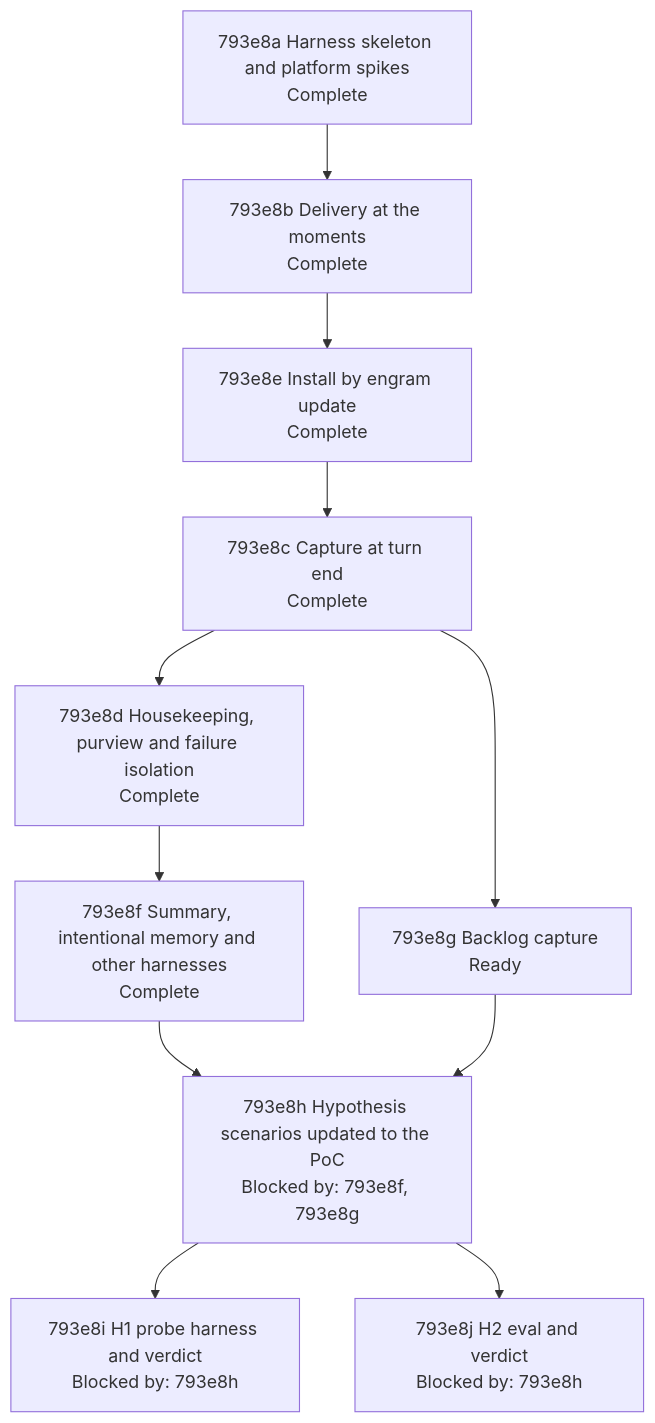
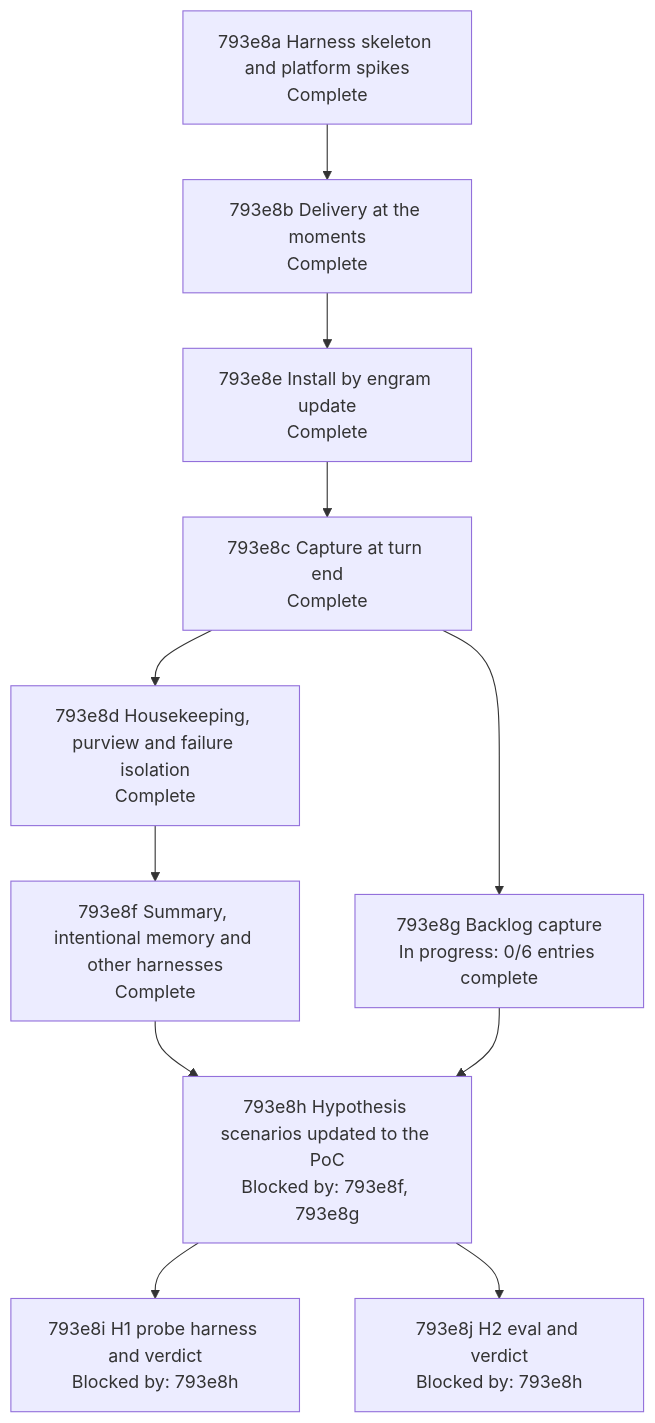
One commit to toejough/engram changed the diagram in docs/changes/793_parallel-memory-agent/793e_implementation-plan.md. Above: the diagram before and after it, drawn with Mermaid.

Commit message:
docs(793e8g): node in progress
AI-Used: [claude]

````diff
--- a/docs/changes/793_parallel-memory-agent/793e_implementation-plan.md
+++ b/docs/changes/793_parallel-memory-agent/793e_implementation-plan.md
@@ -214,21 +214,21 @@
 ```mermaid
 flowchart TD
   n793e8a["793e8a Harness skeleton and platform spikes<br/>Complete"]
   n793e8b["793e8b Delivery at the moments<br/>Complete"]
   n793e8e["793e8e Install by engram update<br/>Complete"]
   n793e8c["793e8c Capture at turn end<br/>Complete"]
   n793e8d["793e8d Housekeeping, purview and failure isolation<br/>Complete"]
-  n793e8g["793e8g Backlog capture<br/>Ready"]
+  n793e8g["793e8g Backlog capture<br/>In progress: 0/6 entries complete"]
   n793e8f["793e8f Summary, intentional memory and other harnesses<br/>Complete"]
   n793e8h["793e8h Hypothesis scenarios updated to the PoC<br/>Blocked by: 793e8f, 793e8g"]
   n793e8i["793e8i H1 probe harness and verdict<br/>Blocked by: 793e8h"]
   n793e8j["793e8j H2 eval and verdict<br/>Blocked by: 793e8h"]
   n793e8a --> n793e8b --> n793e8e --> n793e8c
   n793e8c --> n793e8d
   n793e8c --> n793e8g
   n793e8d --> n793e8f
   n793e8f --> n793e8h
   n793e8g --> n793e8h
   n793e8h --> n793e8i
   n793e8h --> n793e8j
 ```
````
